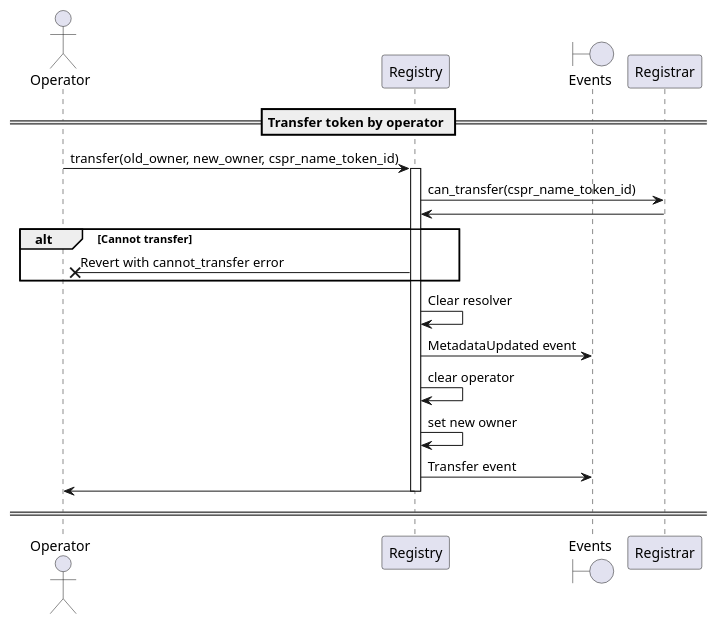
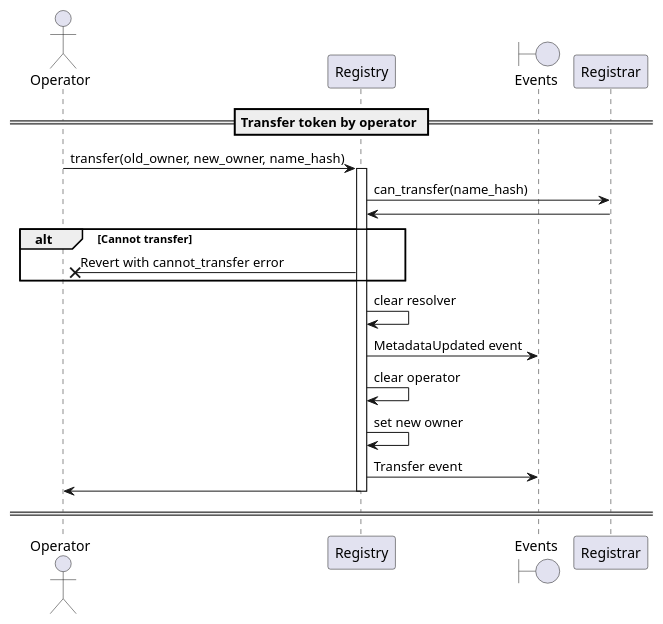
The diagram in docs/sequence-diagrams/puml/transfer-from-domain.puml (make-software/cspr-name-contracts), drawn with PlantUML before and after one commit. The commit also changed 22 other files, not shown here.

Commit message:
few text fixes. new diagram for can_transfer() filter contract logic

```diff
--- a/docs/sequence-diagrams/puml/transfer-from-domain.puml
+++ b/docs/sequence-diagrams/puml/transfer-from-domain.puml
@@ -1,28 +1,28 @@
 @startuml
 'https://plantuml.com/sequence-diagram
 
 'autonumber
 actor Operator
 participant "Registry"
 boundary "Events"
 
 == Transfer token by operator ==
 
-Operator -> Registry: transfer(old_owner, new_owner, cspr_name_token_id)
+Operator -> Registry: transfer(old_owner, new_owner, name_hash)
 activate Registry
-Registry -> Registrar: can_transfer(cspr_name_token_id)
+Registry -> Registrar: can_transfer(name_hash)
 Registrar -> Registry
 alt Cannot transfer
     Registry ->X Operator: Revert with cannot_transfer error
 end
-Registry -> Registry: Clear resolver
+Registry -> Registry: clear resolver
 Registry -> "Events": MetadataUpdated event
 Registry -> Registry: clear operator
 Registry -> Registry : set new owner
 Registry -> "Events": Transfer event
 Registry -> Operator
 deactivate Registry
 
 == ==
 
 @enduml
```
